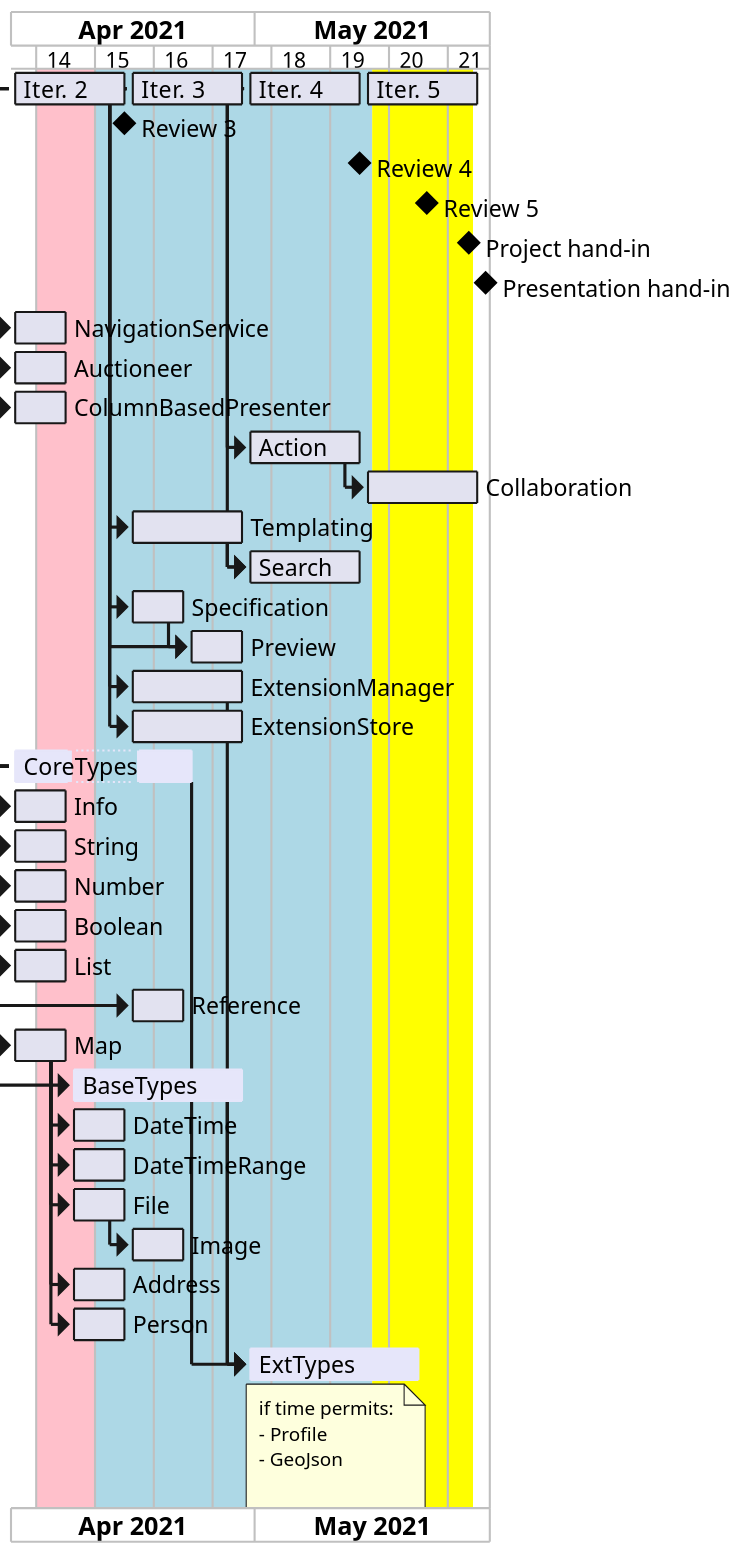
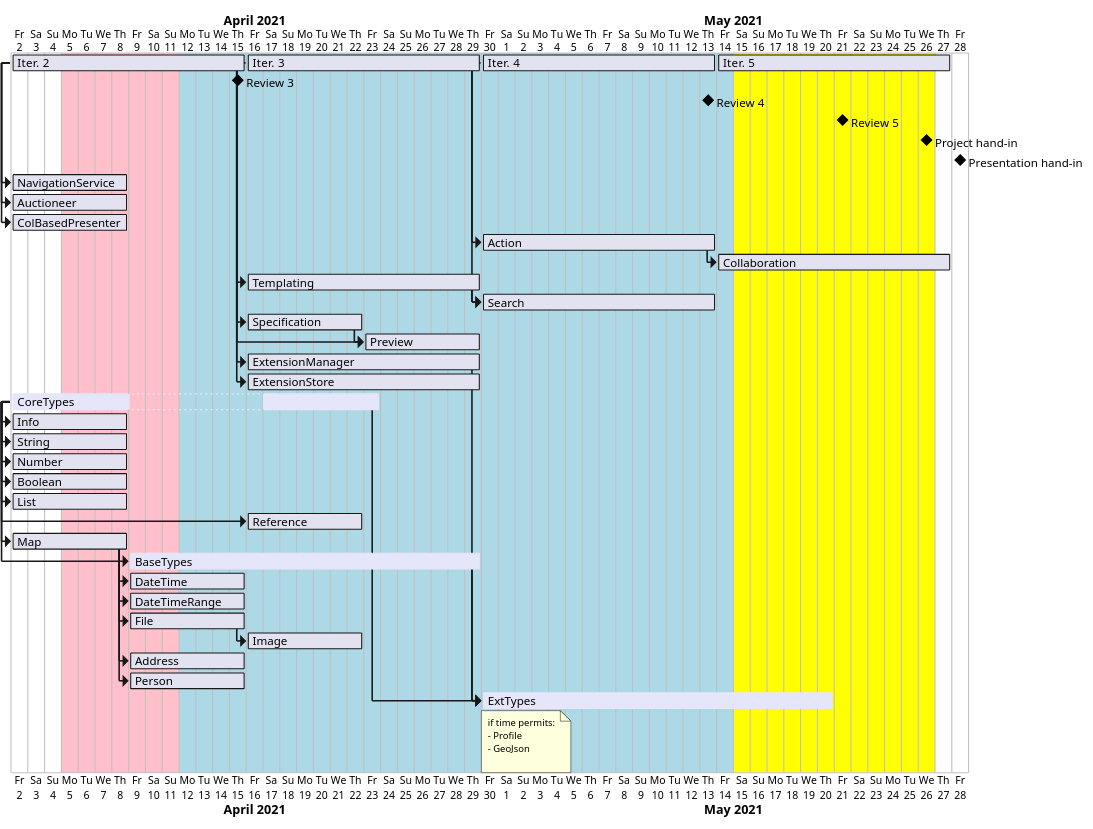
One commit to blackfennec-org/blackfennec changed the diagram in docs/source/project_management/construction_phase_roadmap.puml. Above: the diagram before and after it, drawn with PlantUML.

Commit message:
Change printscale from weekly to daily

```diff
--- a/docs/source/project_management/construction_phase_roadmap.puml
+++ b/docs/source/project_management/construction_phase_roadmap.puml
@@ -1,130 +1,130 @@
 @startgantt
-printscale weekly
-scale 2
+printscale daily
+scale 1
 Project starts the 2nd of april 2021
 
 '========== Iteration 2 ===============
 [Iter. 2] as [it2] lasts 2 weeks
 [it2] starts 2nd of april 2021
 
 '========== Iteration 3 ===============
 [Iter. 3] as [it3] lasts 2 weeks
 [it3] starts 16th of april 2021
 [it3] displays on same row as [it2]
 
 '========== Iteration 4 ===============
 [Iter. 4] as [it4] lasts 2 weeks
 [it4] starts 30th of april 2021
 [it4] displays on same row as [it2]
 
 '========== Iteration 5 ===============
 [Iter. 5] as [it5] lasts 2 weeks
 [it5] starts 14th of may 2021
 [it5] displays on same row as [it2]
 
 '========== Reviews ===============
 [Review 3] happens on 0 week after [it2]'s end
 [Review 4] happens on 0 weeks after [it4]'s end
 [Review 5] happens on 1 weeks after [it5]'s start
 
 '========== Hand-ins ===============
 [Project hand-in] happens on 2021/05/26
 [Presentation hand-in] happens on 2021/05/28
 
 '========== Core Concepts ===============
 [NavigationService] as [nav] lasts 1 week
 [nav] starts at [it2]'s start
 
 [Auctioneer] as [auct] lasts 1 week
 [auct] starts at [it2]'s start
 
-[ColumnBasedPresenter] as [colPres] lasts 1 week
+[ColBasedPresenter] as [colPres] lasts 1 week
 [colPres] starts at [it2]'s start
 
 [Action] lasts 2 weeks
 [Action] starts at [it4]'s start
 
 [Collaboration] lasts 2 weeks
 [Action]->[Collaboration]
 
 [Templating] lasts 2 weeks
 [Templating] starts at [it3]'s start
 
 [Search] lasts 2 weeks
 [Search] starts at [it4]'s start
 [Templating]->[Search]
 
 
 
 [Specification] as [spec] lasts 1 week
 [spec] starts at [it3]'s start
 [Preview] as [prev] lasts 1 week
 [prev] starts at [it3]'s start
 [spec]->[prev]
 
 [ExtensionManager] as [ExtMan] lasts 2 week
 [ExtMan] starts at [it3]'s start
 [ExtensionStore] as [ExtStore] lasts 2 week
 [ExtStore] starts at [it3]'s start
 
 '========== CoreTypes ===============
 [CoreTypes] is colored in Lavender
 [CoreTypes] lasts 2 weeks
 [CoreTypes] pauses from 2021/04/9 to 2021/04/16
 
 [Info] lasts 1 week
 [Info] starts at [CoreTypes]'s start
 [String] lasts 1 week
 [String] starts at [CoreTypes]'s start
 [Number] lasts 1 week
 [Number] starts at [CoreTypes]'s start
 [Boolean] lasts 1 week
 [Boolean] starts at [CoreTypes]'s start
 [List] lasts 1 week
 [List] starts at [CoreTypes]'s start
 [Reference] lasts 1 week
 [Reference] starts 2 week after [CoreTypes]'s start
 [Map] lasts 1 week
 [Map] starts at [CoreTypes]'s start
 '========== BaseTypes ===============
 [BaseTypes] is colored in Lavender
 [BaseTypes] lasts 3 weeks
 [BaseTypes] starts 1 week after [CoreTypes]'s start
 
 [DateTime] lasts 1 week
 [Map]->[DateTime]
 
 [DateTimeRange] lasts 1 week
 [Map]->[DateTimeRange]
 
 [File] lasts 1 week
 [Map]->[File]
 
 [Image] lasts 1 week
 [File]->[Image]
 
 [Address] lasts 1 week
 [Map]->[Address]
 
 [Person] lasts 1 week
 [Map]->[Person]
 
 '========== ExtensionTypes ===============
 [ExtTypes] is colored in Lavender
 [ExtTypes] lasts 3 weeks
 [BaseTypes]->[ExtTypes]
 [CoreTypes]->[ExtTypes]
 [ExtMan]->[ExtTypes]
 
 note bottom
 if time permits:
 - Profile
 - GeoJson
 
 end note
 
 2021-04-05 to 2021-04-11 are colored in pink
 2021-04-12 to 2021-05-14 are colored in LightBlue
 2021-05-15 to 2021-05-26 are colored in yellow
 
 @endgantt
```
